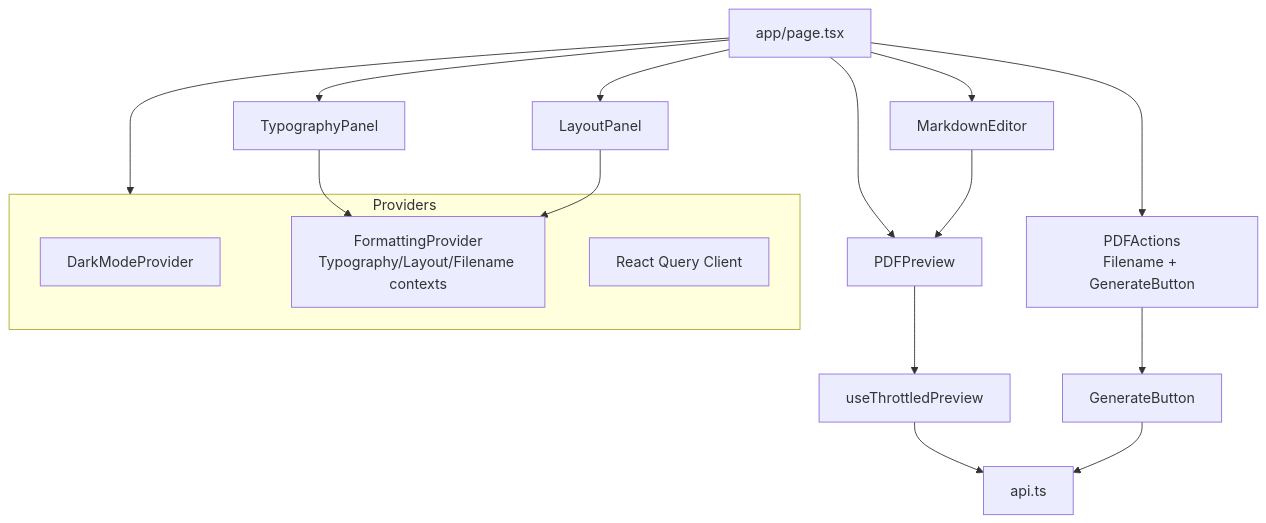
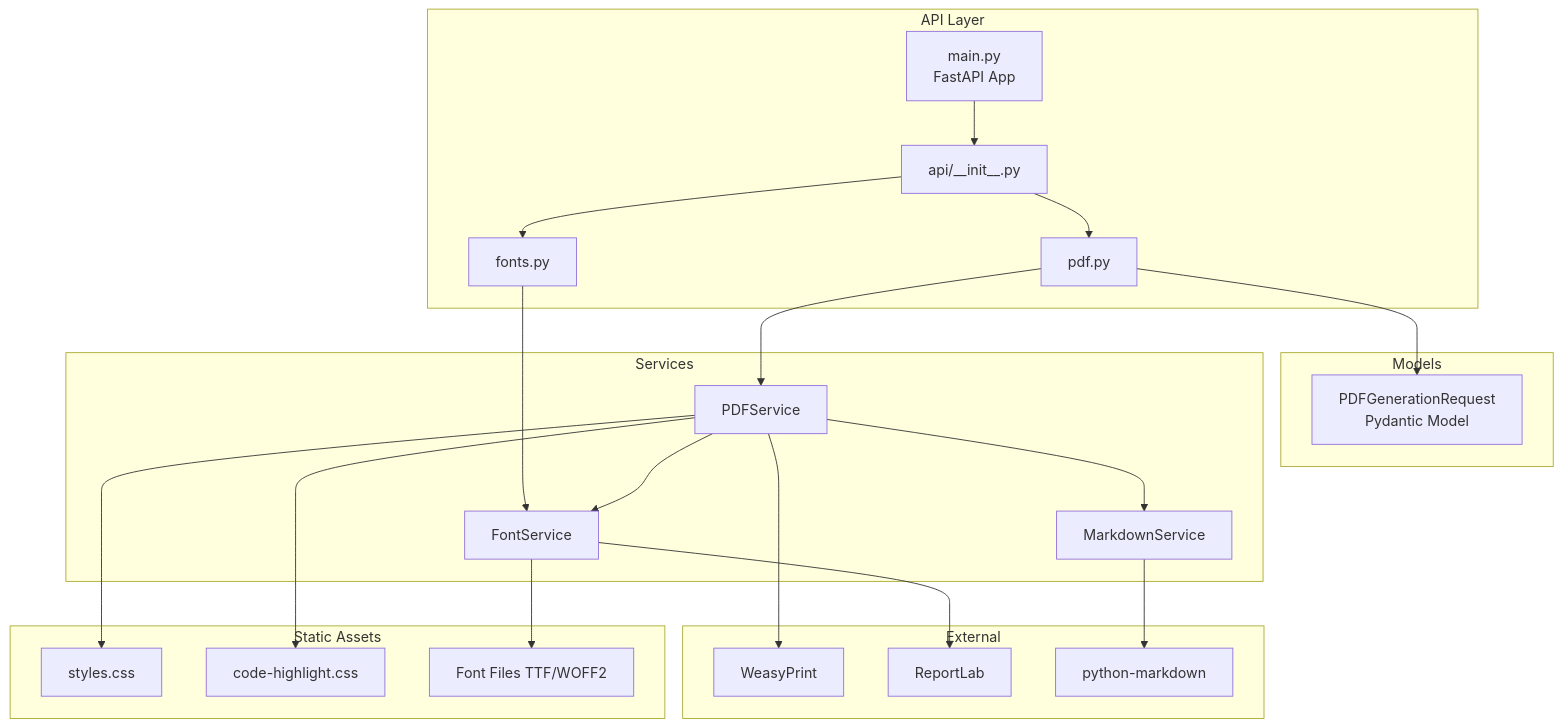
The diagram in docs/diagrams/sources/architecture-flowchart-3.mmd (astral-matrix/markdown-to-pdf), drawn with Mermaid before and after one commit. The commit also changed 23 other files, not shown here.

First line of the commit message:
Architecture and Spec Regenerated

```diff
--- a/docs/diagrams/sources/architecture-flowchart-3.mmd
+++ b/docs/diagrams/sources/architecture-flowchart-3.mmd
@@ -1,21 +1,45 @@
 flowchart TB
-  App["app/page.tsx"] --> Providers
-  App --> Typography[TypographyPanel]
-  App --> Layout[LayoutPanel]
-  App --> Editor[MarkdownEditor]
-  App --> Preview[PDFPreview]
-  App --> Actions["PDFActions<br/>Filename + GenerateButton"]
+    subgraph API[API Layer]
+        Main[main.py<br/>FastAPI App]
+        Routes[api/__init__.py]
+        PDFRoutes[pdf.py]
+        FontRoutes[fonts.py]
+    end
 
-  subgraph Providers
-    DarkMode[DarkModeProvider]
-    Formatting["FormattingProvider<br/>Typography/Layout/Filename contexts"]
-    Query[React Query Client]
-  end
+    subgraph Models
+        Request[PDFGenerationRequest<br/>Pydantic Model]
+    end
 
-  Actions --> GenerateBtn[GenerateButton]
-  Preview --> ThrottleHook[useThrottledPreview]
-  ThrottleHook --> APIClient["api.ts"]
-  GenerateBtn --> APIClient
-  Typography --> Formatting
-  Layout --> Formatting
-  Editor --> Preview
+    subgraph Services
+        PDFSvc[PDFService]
+        MDSvc[MarkdownService]
+        FontSvc[FontService]
+    end
+
+    subgraph External
+        WP[WeasyPrint]
+        RL[ReportLab]
+        PyMD[python-markdown]
+    end
+
+    subgraph Static[Static Assets]
+        StylesCSS[styles.css]
+        HighlightCSS[code-highlight.css]
+        FontFiles[Font Files TTF/WOFF2]
+    end
+
+    Main --> Routes
+    Routes --> PDFRoutes & FontRoutes
+    PDFRoutes --> Request
+    PDFRoutes --> PDFSvc
+    FontRoutes --> FontSvc
+
+    PDFSvc --> MDSvc
+    PDFSvc --> FontSvc
+    PDFSvc --> WP
+
+    MDSvc --> PyMD
+    FontSvc --> RL
+    FontSvc --> FontFiles
+
+    PDFSvc --> StylesCSS & HighlightCSS
```
